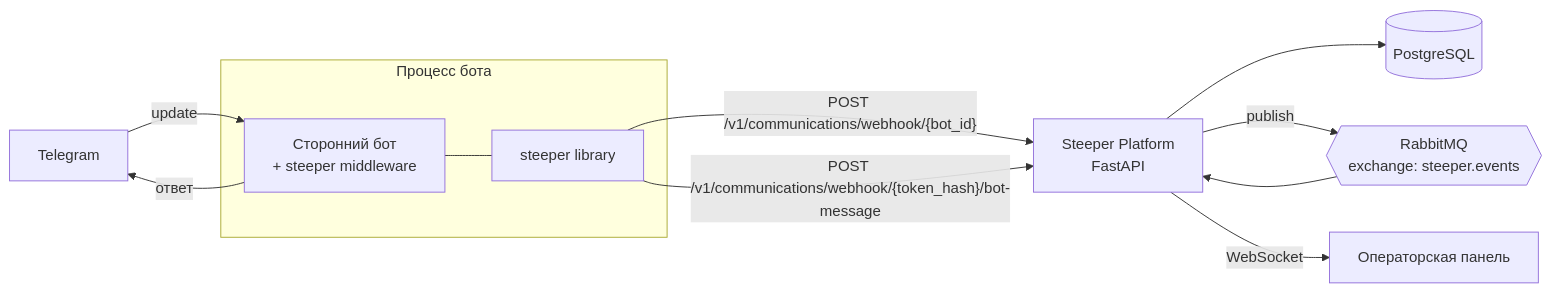
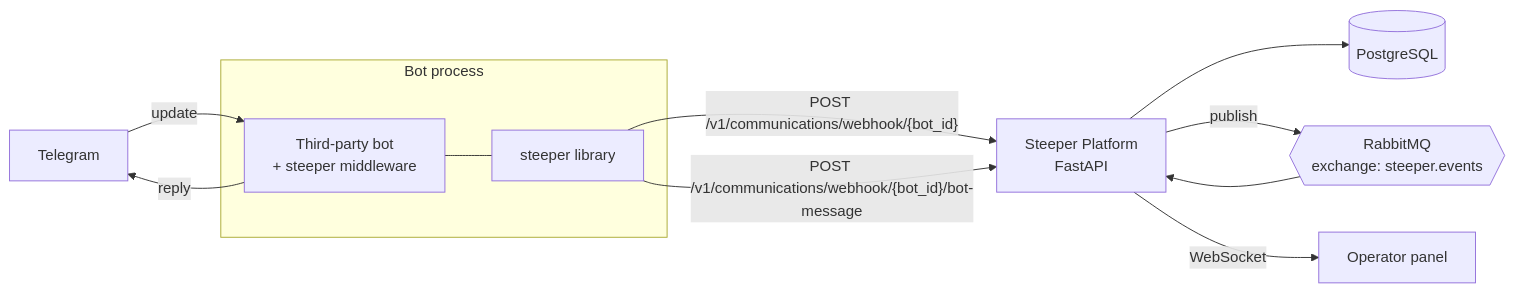
Before and after one commit to KarimovMurodilla/steeper: the first of 3 diagrams in docs/OVERVIEW.md, drawn with Mermaid. The commit also changed other lines of this file and 5 other files, not shown here.

First line of the commit message:
fix: move auth secret out of bot-message URL and unblock telebot forwarding

````diff
--- a/docs/OVERVIEW.md
+++ b/docs/OVERVIEW.md
@@ -52,17 +52,17 @@
 ```mermaid
 flowchart LR
-    TG[Telegram] -->|update| BOT[Сторонний бот\n+ steeper middleware]
-    BOT -->|ответ| TG
+    TG[Telegram] -->|update| BOT[Third-party bot\n+ steeper middleware]
+    BOT -->|reply| TG
 
-    subgraph CLIENT[Процесс бота]
+    subgraph CLIENT[Bot process]
         BOT --- LIB[steeper library]
     end
 
     LIB -->|"POST /v1/communications/webhook/{bot_id}"| API[Steeper Platform\nFastAPI]
-    LIB -->|"POST /v1/communications/webhook/{token_hash}/bot-message"| API
+    LIB -->|"POST /v1/communications/webhook/{bot_id}/bot-message"| API
 
     API --> DB[(PostgreSQL)]
     API -->|publish| MQ{{RabbitMQ\nexchange: steeper.events}}
     MQ --> API
-    API -->|WebSocket| UI[Операторская панель]
+    API -->|WebSocket| UI[Operator panel]
 ```
````
